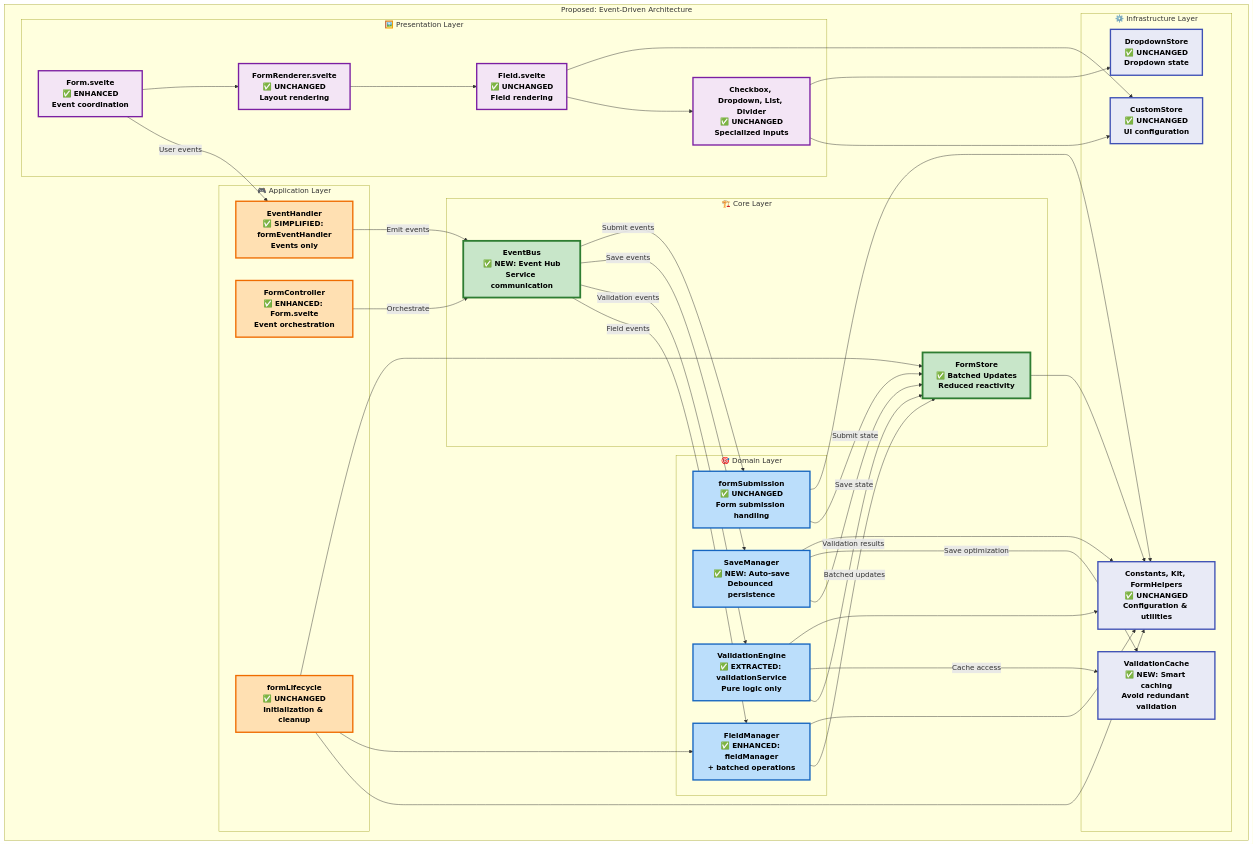
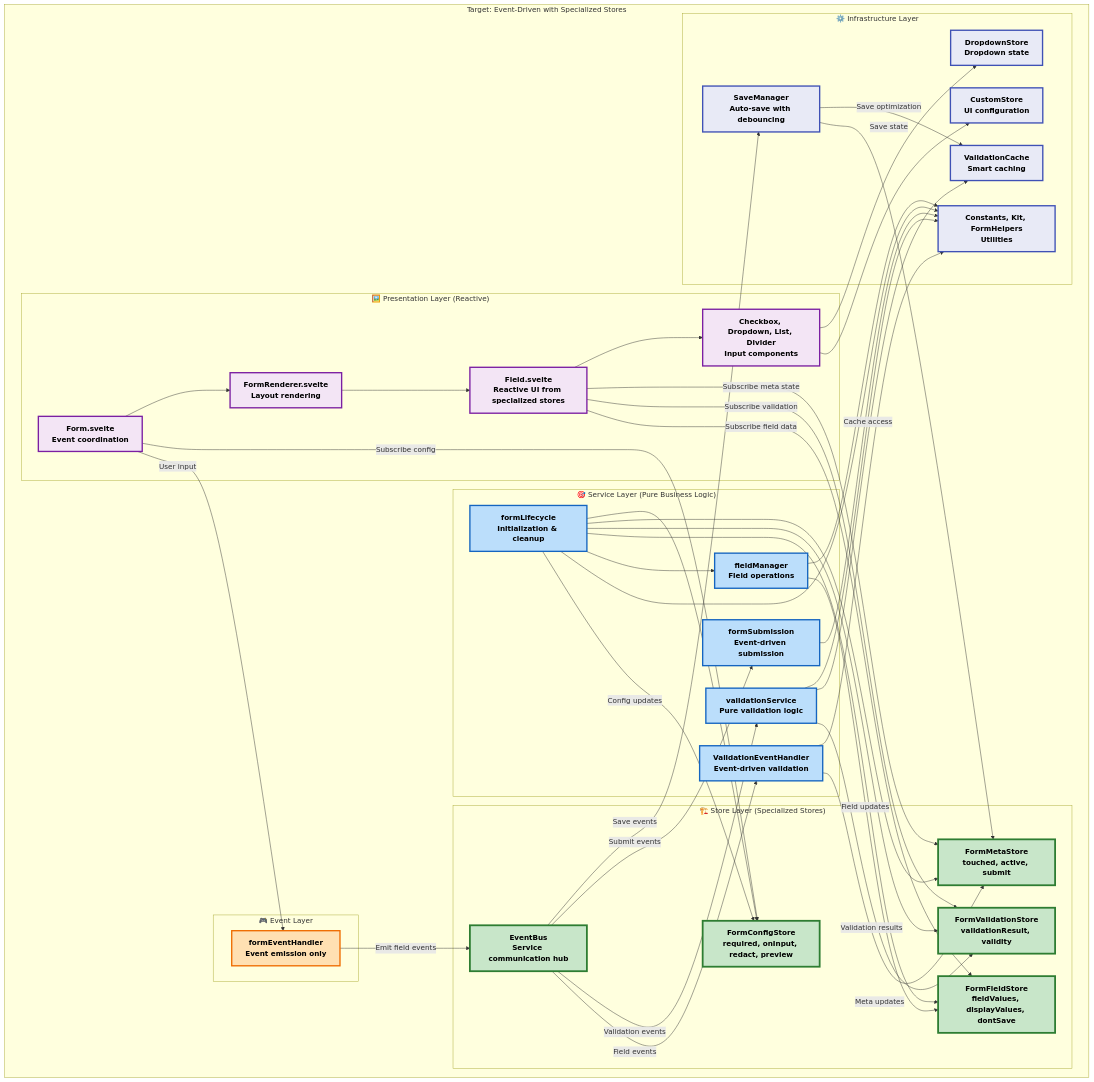
Before and after one commit to byjackli/sadforms: the second of 3 diagrams in Docs/ARCHITECTURAL_IMPROVEMENT_PLAN.md, drawn with Mermaid. The commit also changed other lines of this file and 6 other files, not shown here.

First line of the commit message:
refactor: Implemented EventBus

````diff
--- a/Docs/ARCHITECTURAL_IMPROVEMENT_PLAN.md
+++ b/Docs/ARCHITECTURAL_IMPROVEMENT_PLAN.md
@@ -113,89 +113,98 @@
 ```mermaid
 graph TD
-    subgraph "Proposed: Event-Driven Architecture"
-        subgraph "🏗️ Core Layer"
-            FS["FormStore<br/>✅ Batched Updates<br/>Reduced reactivity"]
-            EB["EventBus<br/>✅ NEW: Event Hub<br/>Service communication"]
+    subgraph "Target: Event-Driven with Specialized Stores"
+        subgraph "🏗️ Store Layer (Specialized Stores)"
+            FFS["FormFieldStore<br/>fieldValues, displayValues, dontSave"]
+            FVS["FormValidationStore<br/>validationResult, validity"]
+            FMS["FormMetaStore<br/>touched, active, submit"]
+            FCS["FormConfigStore<br/>required, onInput, redact, preview"]
+            EB["EventBus<br/>Service communication hub"]
         end
         
-        subgraph "🎯 Domain Layer"
-            FM["FieldManager<br/>✅ ENHANCED: fieldManager<br/>+ batched operations"]
-            VE["ValidationEngine<br/>✅ EXTRACTED: validationService<br/>Pure logic only"]
-            SM["SaveManager<br/>✅ NEW: Auto-save<br/>Debounced persistence"]
-            FormSub["formSubmission<br/>✅ UNCHANGED<br/>Form submission handling"]
+        subgraph "🎯 Service Layer (Pure Business Logic)"
+            FM["fieldManager<br/>Field operations"]
+            VS["validationService<br/>Pure validation logic"]
+            VEH["ValidationEventHandler<br/>Event-driven validation"]
+            FormSub["formSubmission<br/>Event-driven submission"]
+            FL["formLifecycle<br/>Initialization & cleanup"]
         end
         
-        subgraph "🎮 Application Layer"
-            FC["FormController<br/>✅ ENHANCED: Form.svelte<br/>Event orchestration"]
-            EH["EventHandler<br/>✅ SIMPLIFIED: formEventHandler<br/>Events only"]
-            FL["formLifecycle<br/>✅ UNCHANGED<br/>Initialization & cleanup"]
+        subgraph "🎮 Event Layer"
+            FEH["formEventHandler<br/>Event emission only"]
         end
         
-        subgraph "🖼️ Presentation Layer"
-            FormComp["Form.svelte<br/>✅ ENHANCED<br/>Event coordination"]
-            FormRenderer["FormRenderer.svelte<br/>✅ UNCHANGED<br/>Layout rendering"]
-            FieldComp["Field.svelte<br/>✅ UNCHANGED<br/>Field rendering"]
-            SpecializedComps["Checkbox, Dropdown, List, Divider<br/>✅ UNCHANGED<br/>Specialized inputs"]
+        subgraph "🖼️ Presentation Layer (Reactive)"
+            FormComp["Form.svelte<br/>Event coordination"]
+            FormRenderer["FormRenderer.svelte<br/>Layout rendering"]
+            FieldComp["Field.svelte<br/>Reactive UI from specialized stores"]
+            SpecializedComps["Checkbox, Dropdown, List, Divider<br/>Input components"]
         end
         
         subgraph "⚙️ Infrastructure Layer"
-            Cache["ValidationCache<br/>✅ NEW: Smart caching<br/>Avoid redundant validation"]
-            CustomStore["CustomStore<br/>✅ UNCHANGED<br/>UI configuration"]
-            DropdownStore["DropdownStore<br/>✅ UNCHANGED<br/>Dropdown state"]
-            Config["Constants, Kit, FormHelpers<br/>✅ UNCHANGED<br/>Configuration & utilities"]
+            Cache["ValidationCache<br/>Smart caching"]
+            AutoSave["SaveManager<br/>Auto-save with debouncing"]
+            CustomStore["CustomStore<br/>UI configuration"]
+            DropdownStore["DropdownStore<br/>Dropdown state"]
+            Config["Constants, Kit, FormHelpers<br/>Utilities"]
         end
         
         %% Event-driven communication
-        FormComp -->|"User events"| EH
-        EH -->|"Emit events"| EB
-        FC -->|"Orchestrate"| EB
+        FormComp -->|"User input"| FEH
+        FEH -->|"Emit field events"| EB
+        EB -->|"Field events"| VEH
+        EB -->|"Validation events"| VS
+        EB -->|"Submit events"| FormSub
+        EB -->|"Save events"| AutoSave
         
-        EB -->|"Field events"| FM
-        EB -->|"Validation events"| VE
-        EB -->|"Save events"| SM
-        EB -->|"Submit events"| FormSub
+        %% Specialized store updates (surgical updates)
+        FM -->|"Field updates"| FFS
+        VS -->|"Validation results"| FVS
+        VEH -->|"Meta updates"| FMS
+        FL -->|"Config updates"| FCS
+        AutoSave -->|"Save state"| FMS
         
-        %% Batched state updates
-        FM -->|"Batched updates"| FS
-        VE -->|"Validation results"| FS
-        SM -->|"Save state"| FS
-        FormSub -->|"Submit state"| FS
+        %% Component subscriptions (surgical re-renders)
+        FieldComp -->|"Subscribe field data"| FFS
+        FieldComp -->|"Subscribe validation"| FVS
+        FieldComp -->|"Subscribe meta state"| FMS
+        FormComp -->|"Subscribe config"| FCS
         
-        %% Presentation layer (unchanged)
+        %% Presentation layer
         FormComp --> FormRenderer
         FormRenderer --> FieldComp
         FieldComp --> SpecializedComps
-        FieldComp --> CustomStore
         SpecializedComps --> CustomStore
         SpecializedComps --> DropdownStore
         
-        %% Infrastructure services  
-        VE -->|"Cache access"| Cache
-        SM -->|"Save optimization"| Cache
+        %% Caching integration
+        VS -->|"Cache access"| Cache
+        AutoSave -->|"Save optimization"| Cache
         
-        %% Configuration dependencies (unchanged)
+        %% Service dependencies
         FM --> Config
-        VE --> Config
-        SM --> Config
+        VS --> Config
         FormSub --> Config
         FL --> Config
-        FS --> Config
+        VEH --> Config
         
         %% Lifecycle integration
         FL --> FM
-        FL --> FS
+        FL --> FFS
+        FL --> FVS
+        FL --> FMS
+        FL --> FCS
         
         %% Enhanced styling for better legibility
-        classDef core fill:#c8e6c9,stroke:#2e7d32,stroke-width:4px,color:#000,font-weight:bold
-        classDef domain fill:#bbdefb,stroke:#1565c0,stroke-width:3px,color:#000,font-weight:bold
-        classDef app fill:#ffe0b2,stroke:#ef6c00,stroke-width:3px,color:#000,font-weight:bold
+        classDef stores fill:#c8e6c9,stroke:#2e7d32,stroke-width:4px,color:#000,font-weight:bold
+        classDef services fill:#bbdefb,stroke:#1565c0,stroke-width:3px,color:#000,font-weight:bold
+        classDef events fill:#ffe0b2,stroke:#ef6c00,stroke-width:3px,color:#000,font-weight:bold
         classDef presentation fill:#f3e5f5,stroke:#7b1fa2,stroke-width:3px,color:#000,font-weight:bold
         classDef infra fill:#e8eaf6,stroke:#3f51b5,stroke-width:3px,color:#000,font-weight:bold
         
-        class FS,EB core
-        class FM,VE,SM,FormSub domain
-        class FC,EH,FL app
+        class FFS,FVS,FMS,FCS,EB stores
+        class FM,VS,VEH,FormSub,FL services
+        class FEH events
         class FormComp,FormRenderer,FieldComp,SpecializedComps presentation
-        class Cache,CustomStore,DropdownStore,Config infra
+        class Cache,AutoSave,CustomStore,DropdownStore,Config infra
     end
 ```
````
